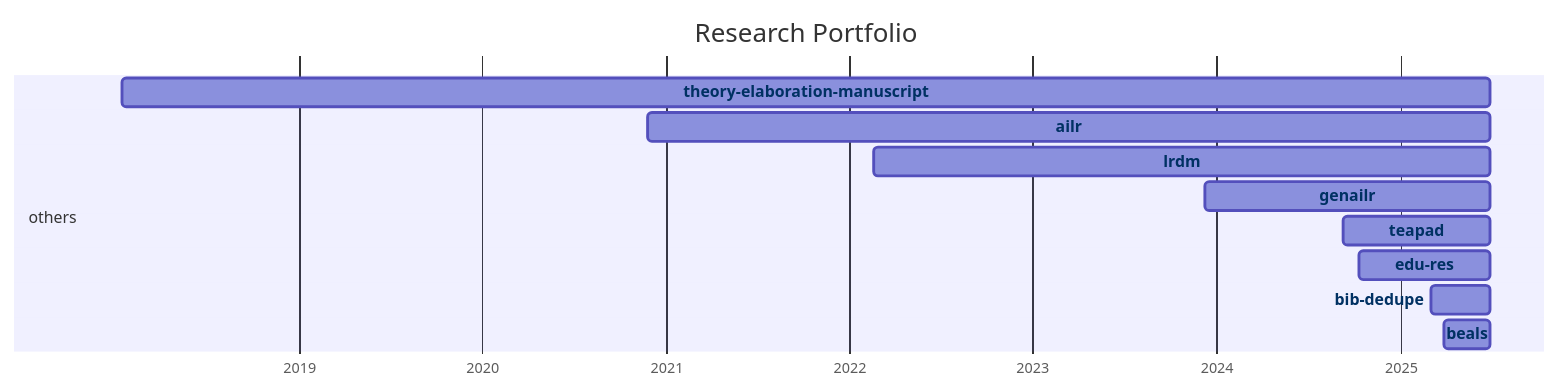
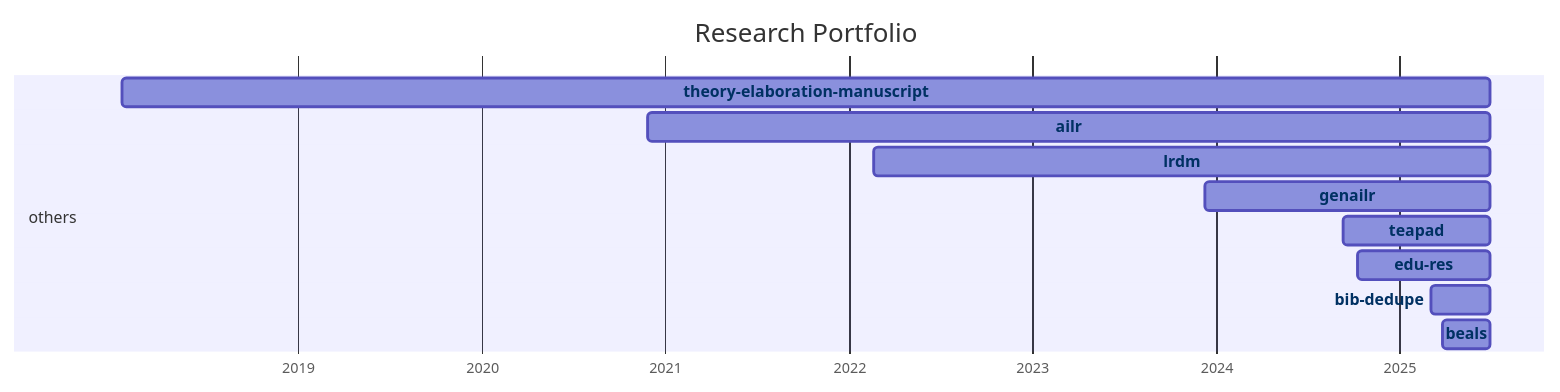
Before and after one commit to digital-work-lab/handbook: the diagram in docs/20-research/25-projects-gantt.md, drawn with Mermaid.

Commit message:
Update repository overview

````diff
--- a/docs/20-research/25-projects-gantt.md
+++ b/docs/20-research/25-projects-gantt.md
@@ -8,35 +8,35 @@
 ```mermaid
 ---
 displayMode: compact
 ---
 gantt
 title Research Portfolio
 dateFormat YYYY-MM-DD
 axisFormat %Y
 
     section work_practices
 
     section distributed_organizing
 
     section knowledge_synthesis
 
     section others
-        beals :beals, 2025-03-28, 2025-06-29
-        bib-dedupe :bib-dedupe, 2025-03-04, 2025-06-29
-        edu-res :edu-res, 2024-10-10, 2025-06-29
-        teapad :teapad, 2024-09-10, 2025-06-29
-        genailr :genailr, 2023-12-10, 2025-06-29
-        lrdm :lrdm, 2022-02-20, 2025-06-29
-        ailr :ailr, 2020-11-26, 2025-06-29
-        theory-elaboration-manuscript :theory-elaboration-manuscript, 2018-01-15, 2025-06-29
+        beals :beals, 2025-03-28, 2025-06-30
+        bib-dedupe :bib-dedupe, 2025-03-04, 2025-06-30
+        edu-res :edu-res, 2024-10-10, 2025-06-30
+        teapad :teapad, 2024-09-10, 2025-06-30
+        genailr :genailr, 2023-12-10, 2025-06-30
+        lrdm :lrdm, 2022-02-20, 2025-06-30
+        ailr :ailr, 2020-11-26, 2025-06-30
+        theory-elaboration-manuscript :theory-elaboration-manuscript, 2018-01-15, 2025-06-30
 
 
     click beals href "{{ site.baseurl }}/docs/20-research/25-projects/_repos/beals"
     click bib-dedupe href "{{ site.baseurl }}/docs/20-research/25-projects/_repos/bib-dedupe"
     click edu-res href "{{ site.baseurl }}/docs/20-research/25-projects/_repos/edu-res"
     click teapad href "{{ site.baseurl }}/docs/20-research/25-projects/_repos/teapad"
     click genailr href "{{ site.baseurl }}/docs/20-research/25-projects/_repos/genailr"
     click lrdm href "{{ site.baseurl }}/docs/20-research/25-projects/_repos/lrdm"
     click ailr href "{{ site.baseurl }}/docs/20-research/25-projects/_repos/ailr"
     click theory-elaboration-manuscript href "{{ site.baseurl }}/docs/20-research/25-projects/_repos/theory-elaboration-manuscript"
 ```
````
